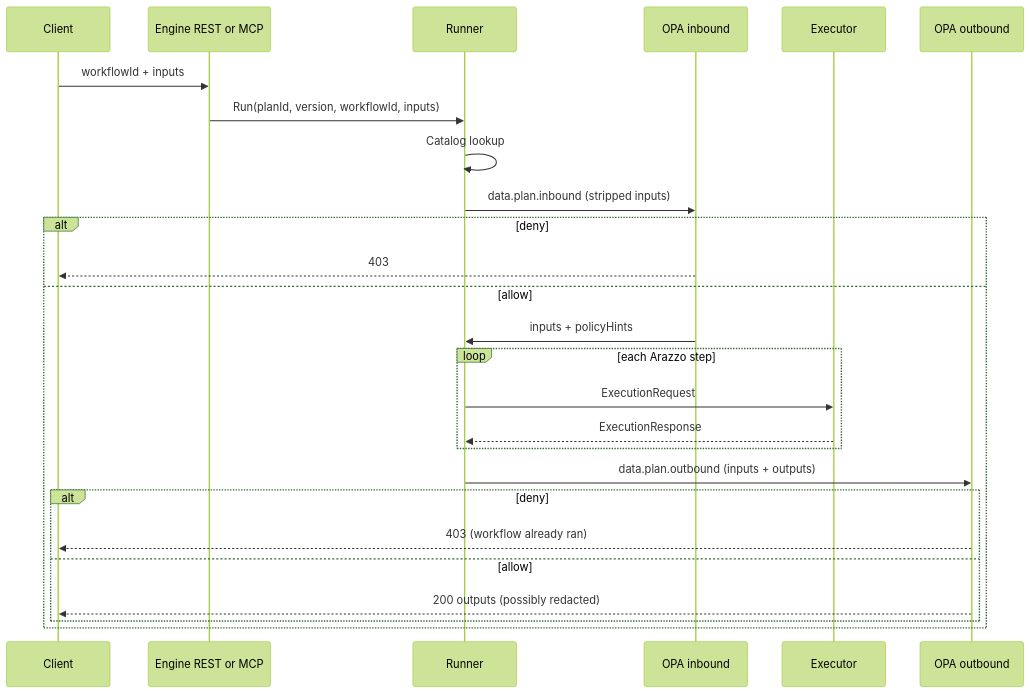
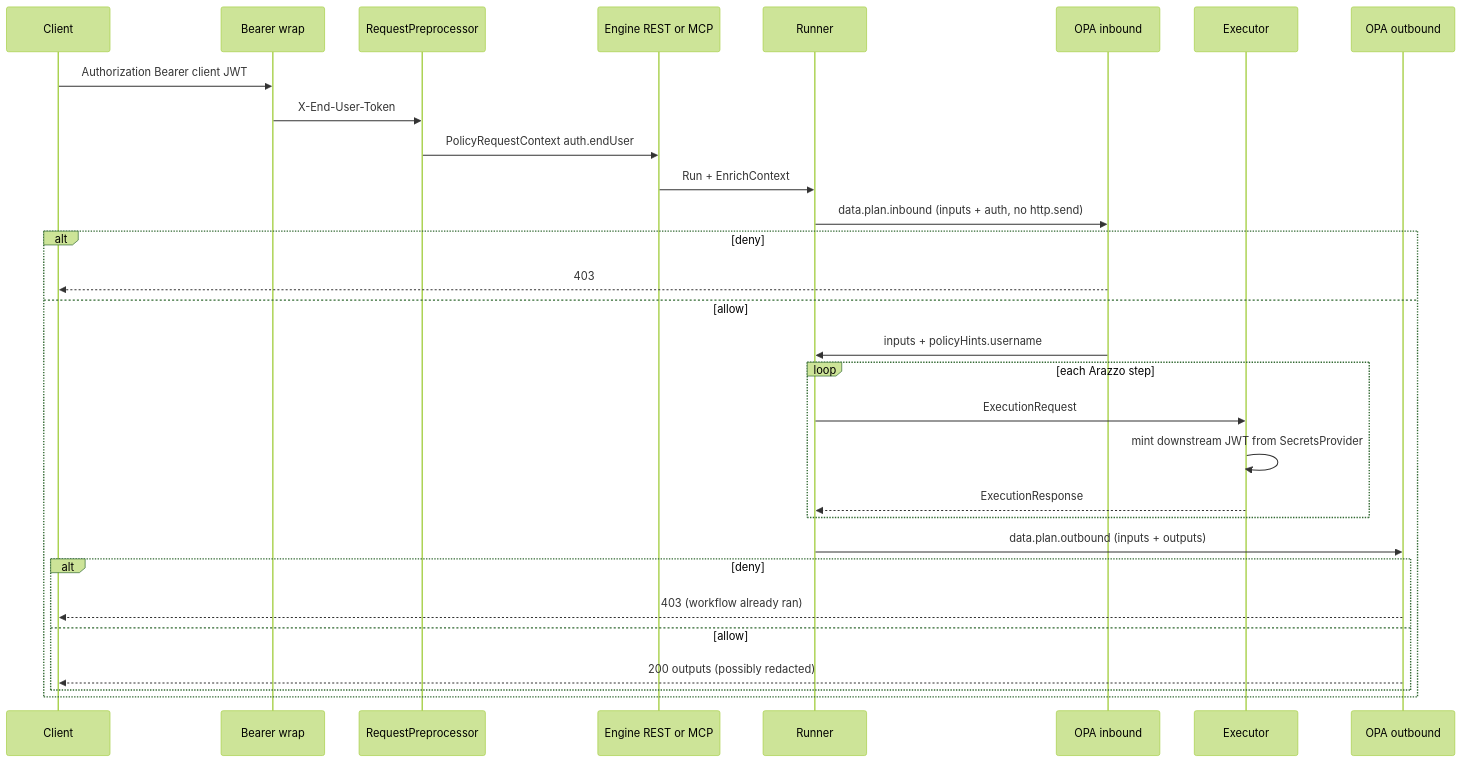
The second of 9 diagrams in examples/petstore/README.md (mevansam/context-mesh-engine), drawn with Mermaid (forest theme) before and after one commit. The commit also changed other lines of this file and 30 other files, not shown here.

First line of the commit message:
Add request and secrets handling in Arazzo

````diff
--- a/examples/petstore/README.md
+++ b/examples/petstore/README.md
@@ -92,29 +97,33 @@
 ```mermaid
 sequenceDiagram
   participant C as Client
+  participant W as Bearer wrap
+  participant Pre as RequestPreprocessor
   participant E as Engine REST or MCP
   participant R as Runner
   participant P as OPA inbound
   participant X as Executor
   participant O as OPA outbound
 
-  C->>E: workflowId + inputs
-  E->>R: Run(planId, version, workflowId, inputs)
-  R->>R: Catalog lookup
-  R->>P: data.plan.inbound (stripped inputs)
+  C->>W: Authorization Bearer client JWT
+  W->>Pre: X-End-User-Token
+  Pre->>E: PolicyRequestContext auth.endUser
+  E->>R: Run + EnrichContext
+  R->>P: data.plan.inbound (inputs + auth, no http.send)
   alt deny
     P-->>C: 403
   else allow
-    P->>R: inputs + policyHints
+    P->>R: inputs + policyHints.username
     loop each Arazzo step
       R->>X: ExecutionRequest
+      X->>X: mint downstream JWT from SecretsProvider
       X-->>R: ExecutionResponse
     end
     R->>O: data.plan.outbound (inputs + outputs)
     alt deny
       O-->>C: 403 (workflow already ran)
     else allow
       O-->>C: 200 outputs (possibly redacted)
     end
   end
 ```
````
